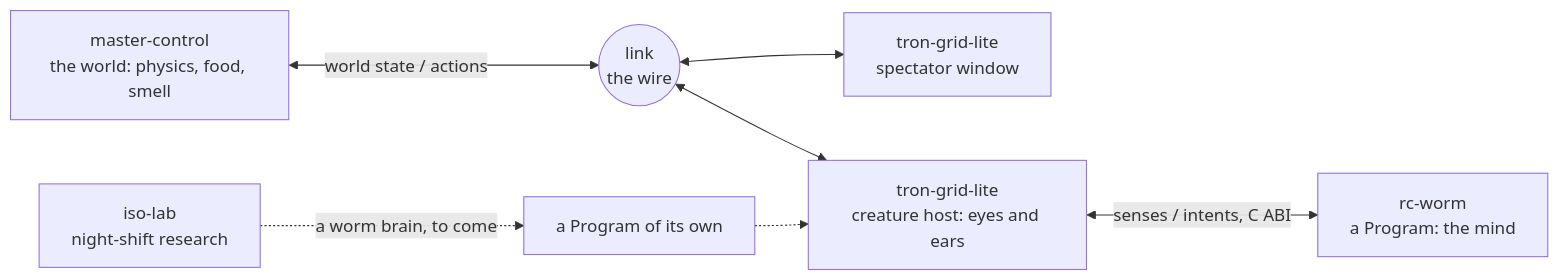
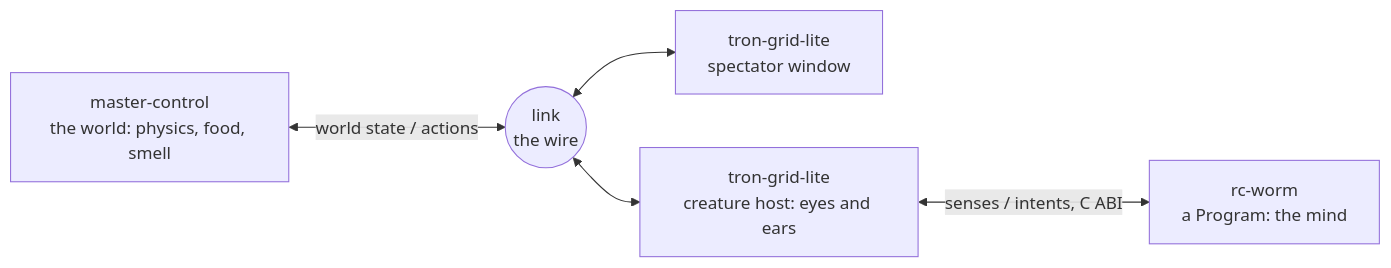
One commit to ai-quokka-wannabe/.github changed the diagram in profile/README.md. Above: the diagram before and after it, drawn with Mermaid.

Commit message:
Drop iso-lab from the repositories diagram
The diagram shows the four repositories that make the Grid run; iso-lab keeps
its own paragraph below it.

````diff
--- a/profile/README.md
+++ b/profile/README.md
@@ -121,14 +121,12 @@
 ```mermaid
 flowchart LR
     MC["master-control<br/>the world: physics, food, smell"]
     W["tron-grid-lite<br/>spectator window"]
     H["tron-grid-lite<br/>creature host: eyes and ears"]
     P["rc-worm<br/>a Program: the mind"]
     L(("link<br/>the wire"))
     MC <-- world state / actions --> L
     L <--> W
     L <--> H
     H <-- senses / intents, C ABI --> P
-    LAB["iso-lab<br/>night-shift research"] -. a worm brain, to come .-> B["a Program of its own"]
-    B -.-> H
 ```
````
